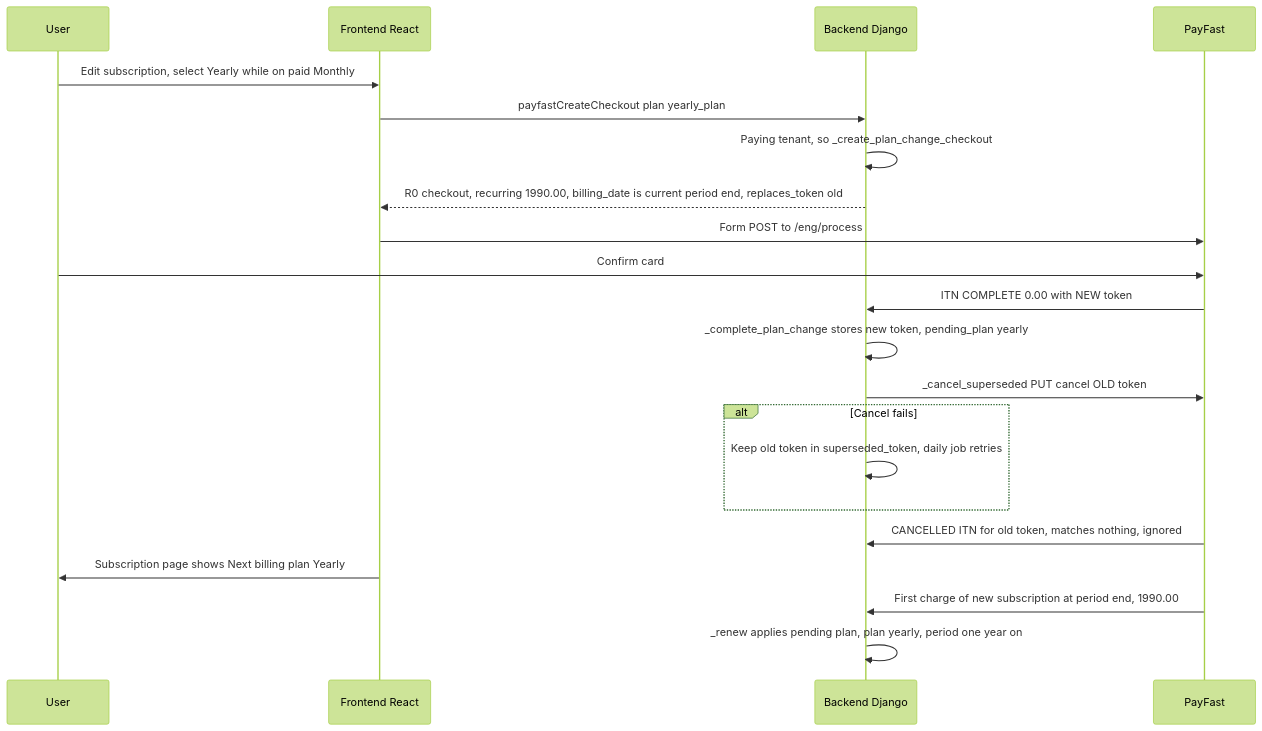
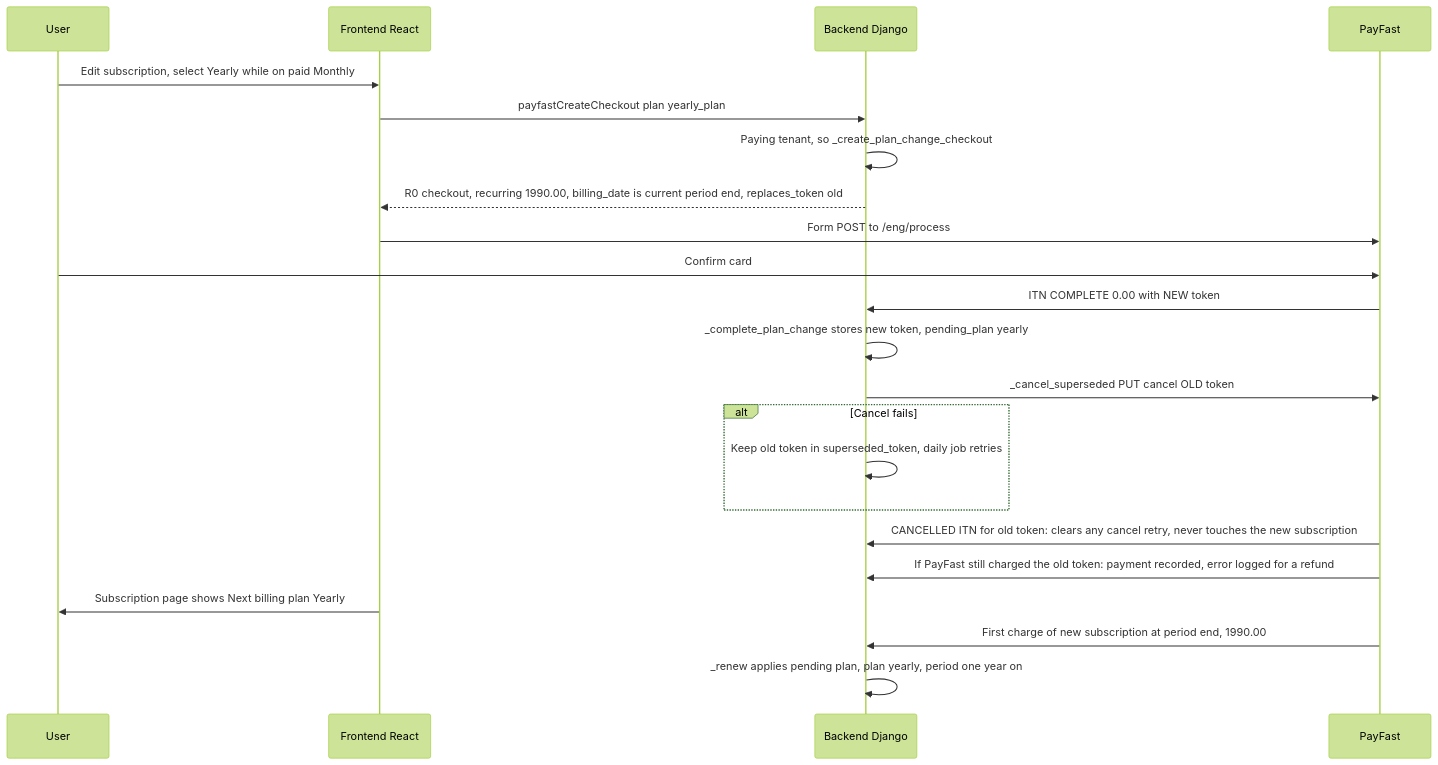
The sixth of 7 diagrams in docs/superpowers/specs/2026-10-01-payfast-walkthrough.md (Kgotso-Koete/shopify-python-django-saas-app), drawn with Mermaid (forest theme) before and after one commit. The commit also changed other lines of this file and 59 other files, not shown here.

First line of the commit message:
feat(finances): PayFast fixes, Cloudflare R2 local support (v6.0.0) (#2)

````diff
--- a/docs/superpowers/specs/2026-10-01-payfast-walkthrough.md
+++ b/docs/superpowers/specs/2026-10-01-payfast-walkthrough.md
@@ -264,23 +270,24 @@
 ```mermaid
 sequenceDiagram
   participant U as User
   participant F as Frontend React
   participant B as Backend Django
   participant P as PayFast
   U->>F: Edit subscription, select Yearly while on paid Monthly
   F->>B: payfastCreateCheckout plan yearly_plan
   B->>B: Paying tenant, so _create_plan_change_checkout
   B-->>F: R0 checkout, recurring 1990.00, billing_date is current period end, replaces_token old
   F->>P: Form POST to /eng/process
   U->>P: Confirm card
   P->>B: ITN COMPLETE 0.00 with NEW token
   B->>B: _complete_plan_change stores new token, pending_plan yearly
   B->>P: _cancel_superseded PUT cancel OLD token
   alt Cancel fails
     B->>B: Keep old token in superseded_token, daily job retries
   end
-  P->>B: CANCELLED ITN for old token, matches nothing, ignored
+  P->>B: CANCELLED ITN for old token: clears any cancel retry, never touches the new subscription
+  P->>B: If PayFast still charged the old token: payment recorded, error logged for a refund
   F->>U: Subscription page shows Next billing plan Yearly
   P->>B: First charge of new subscription at period end, 1990.00
   B->>B: _renew applies pending plan, plan yearly, period one year on
 ```
````
